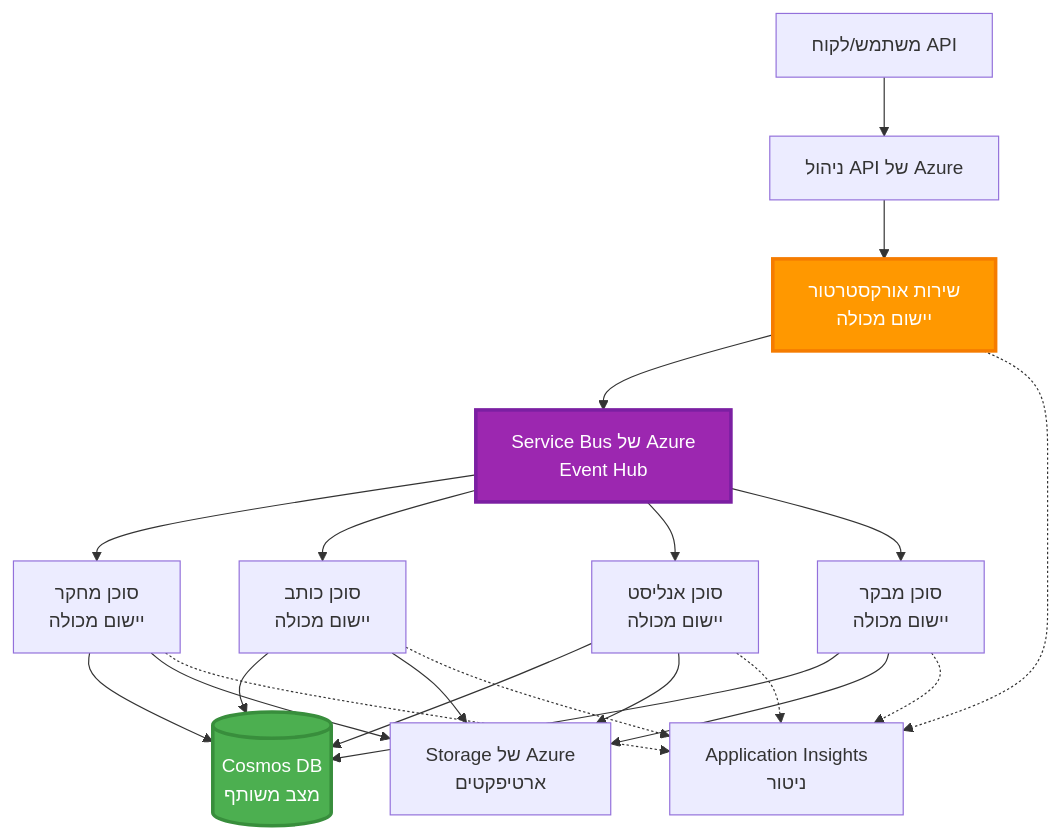
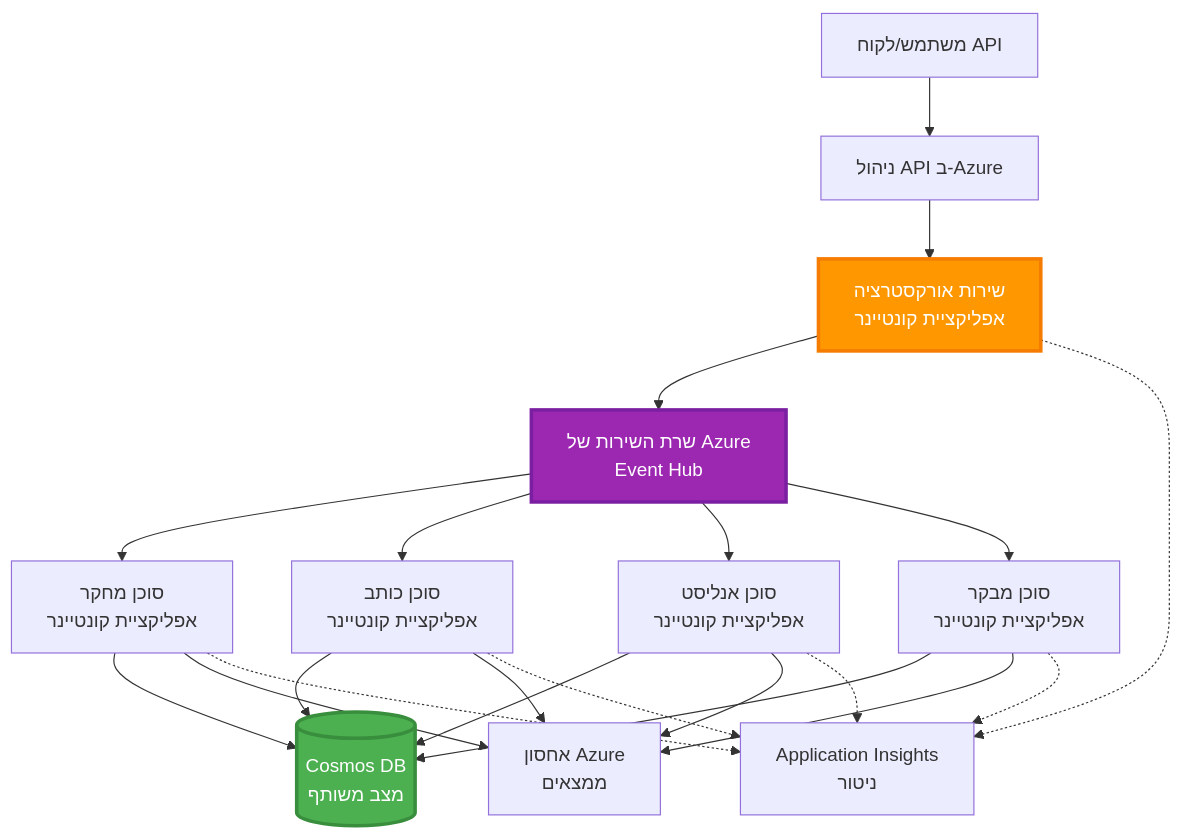
The sixth of 6 diagrams in translations/he/docs/chapter-06-pre-deployment/coordination-patterns.md (microsoft/AZD-for-beginners), drawn with Mermaid before and after one commit. The commit also changed other lines of this file and 101 other files, not shown here.

````diff
--- a/translations/he/docs/chapter-06-pre-deployment/coordination-patterns.md
+++ b/translations/he/docs/chapter-06-pre-deployment/coordination-patterns.md
@@ -271,45 +265,45 @@
 ```mermaid
 graph TB
     User[משתמש/לקוח API]
-    APIM[ניהול API של Azure]
-    Orchestrator[שירות אורקסטרטור<br/>יישום מכולה]
-    ServiceBus[Service Bus של Azure<br/>Event Hub]
+    APIM[ניהול API ב-Azure]
+    Orchestrator[שירות אורקסטרציה<br/>אפליקציית קונטיינר]
+    ServiceBus[שרת השירות של Azure<br/>Event Hub]
     
-    Agent1[סוכן מחקר<br/>יישום מכולה]
-    Agent2[סוכן כותב<br/>יישום מכולה]
-    Agent3[סוכן אנליסט<br/>יישום מכולה]
-    Agent4[סוכן מבקר<br/>יישום מכולה]
+    Agent1[סוכן מחקר<br/>אפליקציית קונטיינר]
+    Agent2[סוכן כותב<br/>אפליקציית קונטיינר]
+    Agent3[סוכן אנליסט<br/>אפליקציית קונטיינר]
+    Agent4[סוכן מבקר<br/>אפליקציית קונטיינר]
     
     CosmosDB[(Cosmos DB<br/>מצב משותף)]
-    Storage[Storage של Azure<br/>ארטיפקטים]
+    Storage[אחסון Azure<br/>ממצאים]
     AppInsights[Application Insights<br/>ניטור]
     
     User --> APIM
     APIM --> Orchestrator
     
     Orchestrator --> ServiceBus
     ServiceBus --> Agent1
     ServiceBus --> Agent2
     ServiceBus --> Agent3
     ServiceBus --> Agent4
     
     Agent1 --> CosmosDB
     Agent2 --> CosmosDB
     Agent3 --> CosmosDB
     Agent4 --> CosmosDB
     
     Agent1 --> Storage
     Agent2 --> Storage
     Agent3 --> Storage
     Agent4 --> Storage
     
     Orchestrator -.-> AppInsights
     Agent1 -.-> AppInsights
     Agent2 -.-> AppInsights
     Agent3 -.-> AppInsights
     Agent4 -.-> AppInsights
     
     style Orchestrator fill:#FF9800,stroke:#F57C00,stroke-width:3px,color:#fff
     style ServiceBus fill:#9C27B0,stroke:#7B1FA2,stroke-width:3px,color:#fff
     style CosmosDB fill:#4CAF50,stroke:#388E3C,stroke-width:3px,color:#fff
 ```
````
